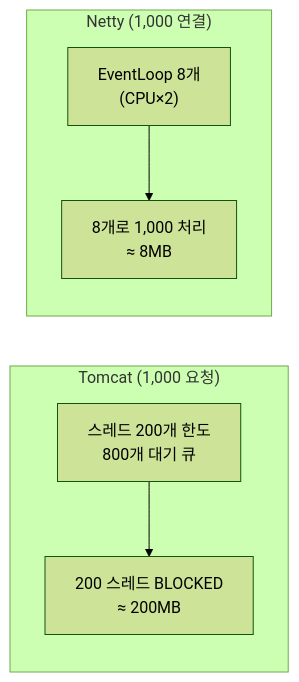
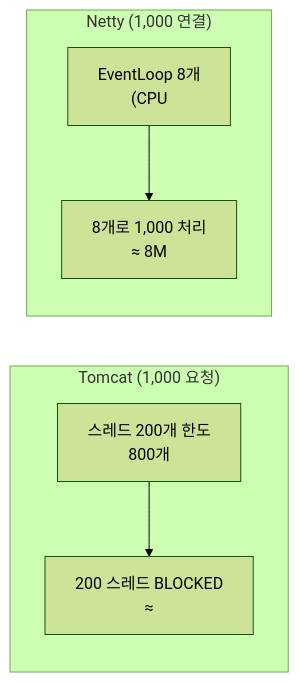
One commit to yjkim2015/yjkim2015.github.io changed the seventh of 7 diagrams in _posts/server/2026-05-01-tomcat-vs-netty.md. Above: the diagram before and after it, drawn with Mermaid (forest theme). The commit also changed other lines of this file and 271 other files, not shown here.

First line of the commit message:
Mermaid 라벨 축소: 긴 노드 텍스트 18자 이하로 트림 + \n 제거

````diff
--- a/_posts/server/2026-05-01-tomcat-vs-netty.md
+++ b/_posts/server/2026-05-01-tomcat-vs-netty.md
@@ -221,13 +199,13 @@
 ```mermaid
 graph LR
     subgraph TOMCAT["Tomcat (1,000 요청)"]
-        T1["스레드 200개 한도\n800개 대기 큐"]
-        T2["200 스레드 BLOCKED\n≈ 200MB"]
+        T1["스레드 200개 한도\n800개"]
+        T2["200 스레드 BLOCKED\n≈"]
     end
     subgraph NETTY["Netty (1,000 연결)"]
-        N1["EventLoop 8개\n(CPU×2)"]
-        N2["8개로 1,000 처리\n≈ 8MB"]
+        N1["EventLoop 8개\n(CPU"]
+        N2["8개로 1,000 처리\n≈ 8M"]
     end
     T1 --> T2
     N1 --> N2
 ```
````
